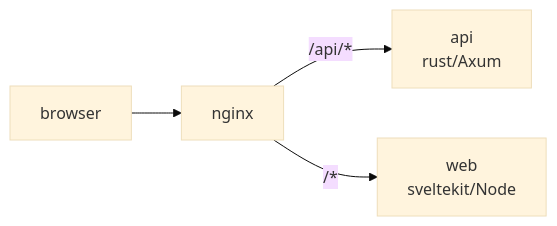
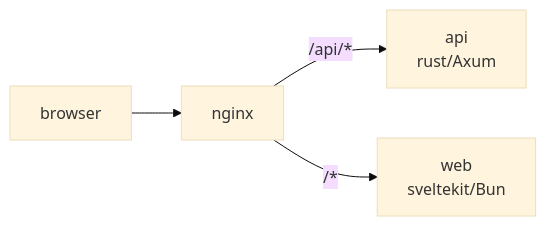
Before and after one commit to remeliah/osrx: the diagram in README.md, drawn with Mermaid (base theme). The commit also changed other lines of this file and 21 other files, not shown here.

````diff
--- a/README.md
+++ b/README.md
@@ -51,6 +58,6 @@
 ```mermaid
 graph LR
     browser[browser] --> nginx[nginx]
     nginx --> |/api/*| api[api<br/>rust/Axum]
-    nginx --> |/*| web[web<br/>sveltekit/Node]
+    nginx --> |/*| web[web<br/>sveltekit/Bun]
 ```
````
